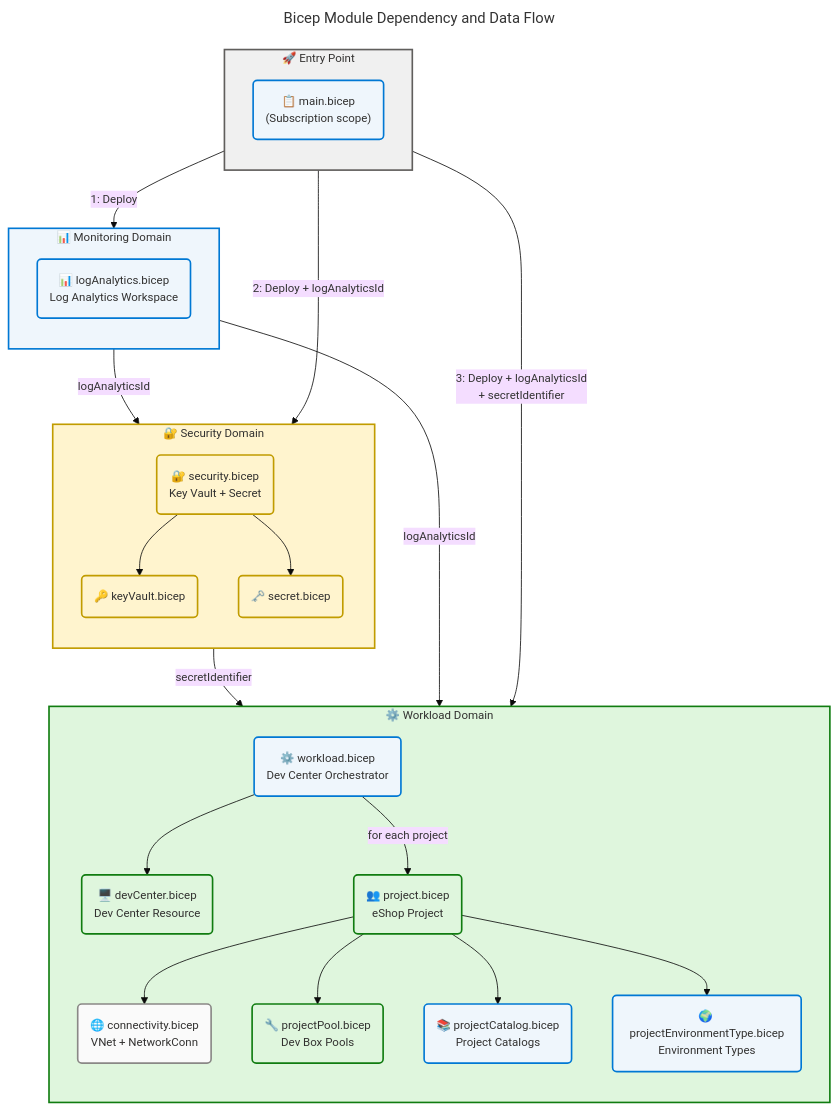
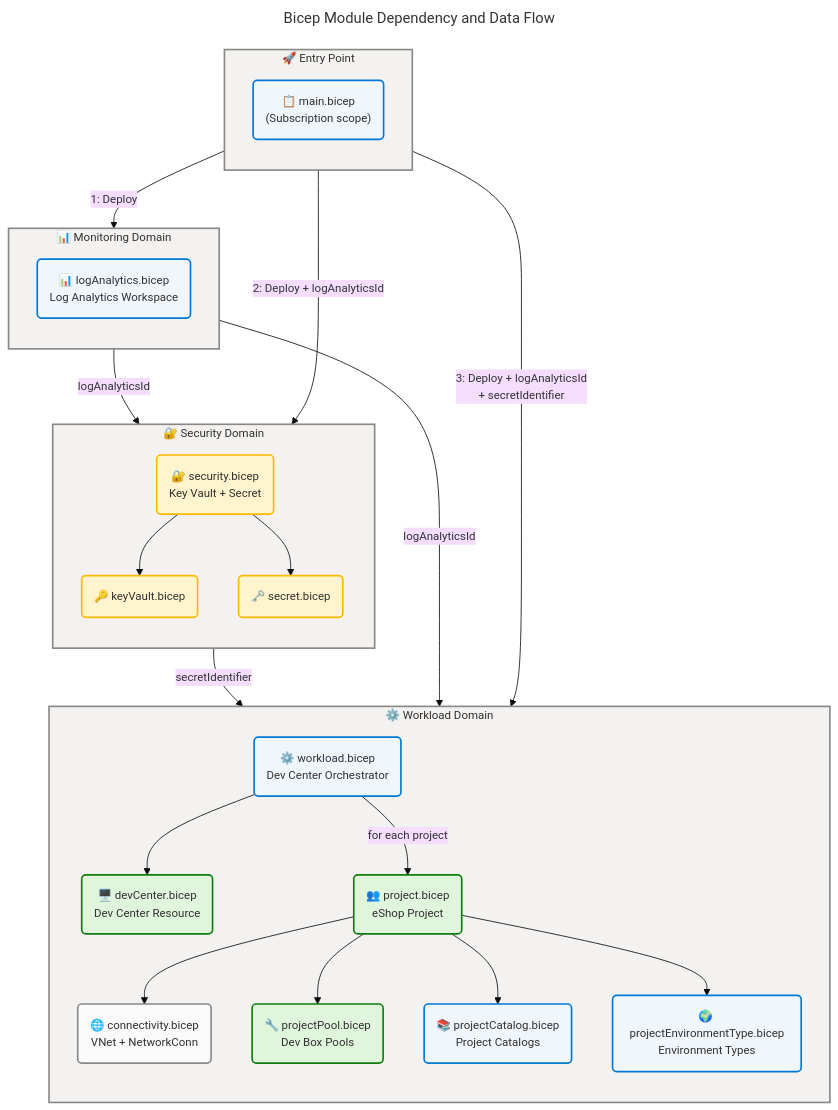
The fifth of 6 diagrams in docs/architecture/bus-arch.md (Evilazaro/DevExp-DevBox), drawn with Mermaid before and after one commit. The commit also changed other lines of this file, not shown here.

Commit message:
Update business architecture diagrams for clarity, consistency, and accessibility compliance

````diff
--- a/docs/architecture/bus-arch.md
+++ b/docs/architecture/bus-arch.md
@@ -861,79 +871,81 @@
 ```mermaid
 ---
 title: Bicep Module Dependency and Data Flow
 config:
   theme: base
   look: classic
   layout: dagre
   themeVariables:
     fontSize: '14px'
   flowchart:
     htmlLabels: true
 ---
 flowchart TB
     accTitle: Bicep Module Dependency and Data Flow
-    accDescr: Shows how main.bicep orchestrates three parallel module deployments (monitoring, security, workload) with sequential dependencies. Monitoring deploys first, security second using Log Analytics ID, and workload deploys last using both Log Analytics and Key Vault secret outputs.
+    accDescr: main.bicep orchestrates sequential module deployments with output chains. main=core, la=core, sec=warning, kv=warning, secret=warning, wl=core, dc=success, proj=success, conn=neutral, pool=success, cat=core, env=core. WCAG AA compliant.
 
     %% ═══════════════════════════════════════════════════════════════════════════
     %% AZURE / FLUENT ARCHITECTURE PATTERN v2.0
     %% ═══════════════════════════════════════════════════════════════════════════
     %% PHASE 1 - FLUENT UI: All styling uses approved Fluent UI palette only
     %% PHASE 2 - GROUPS: Every subgraph has semantic color via style directive
     %% PHASE 3 - COMPONENTS: Every node has semantic classDef + icon prefix
     %% PHASE 4 - ACCESSIBILITY: accTitle/accDescr present, WCAG AA contrast
     %% PHASE 5 - STANDARD: Governance block present, classDefs centralized
     %% ═══════════════════════════════════════════════════════════════════════════
 
     subgraph ENTRY["🚀 Entry Point"]
         direction TB
-        main("📋 main.bicep<br/>(Subscription scope)"):::info
+        main("📋 main.bicep<br/>(Subscription scope)"):::core
     end
 
     subgraph MON["📊 Monitoring Domain"]
         direction TB
-        la("📊 logAnalytics.bicep<br/>Log Analytics Workspace"):::info
+        la("📊 logAnalytics.bicep<br/>Log Analytics Workspace"):::core
     end
 
     subgraph SEC["🔐 Security Domain"]
         direction TB
         sec("🔐 security.bicep<br/>Key Vault + Secret"):::warning
         kv("🔑 keyVault.bicep"):::warning
         secret("🗝️ secret.bicep"):::warning
     end
 
     subgraph WORK["⚙️ Workload Domain"]
         direction TB
-        wl("⚙️ workload.bicep<br/>Dev Center Orchestrator"):::info
+        wl("⚙️ workload.bicep<br/>Dev Center Orchestrator"):::core
         dc("🖥️ devCenter.bicep<br/>Dev Center Resource"):::success
         proj("👥 project.bicep<br/>eShop Project"):::success
         conn("🌐 connectivity.bicep<br/>VNet + NetworkConn"):::neutral
         pool("🔧 projectPool.bicep<br/>Dev Box Pools"):::success
-        cat("📚 projectCatalog.bicep<br/>Project Catalogs"):::info
-        env("🌍 projectEnvironmentType.bicep<br/>Environment Types"):::info
+        cat("📚 projectCatalog.bicep<br/>Project Catalogs"):::core
+        env("🌍 projectEnvironmentType.bicep<br/>Environment Types"):::core
     end
 
     main -->|"1: Deploy"| la
     main -->|"2: Deploy + logAnalyticsId"| sec
     main -->|"3: Deploy + logAnalyticsId<br/>+ secretIdentifier"| wl
     sec --> kv
     sec --> secret
     la -->|"logAnalyticsId"| sec
     la -->|"logAnalyticsId"| wl
     sec -->|"secretIdentifier"| wl
     wl --> dc
     wl -->|"for each project"| proj
     proj --> conn
     proj --> pool
     proj --> cat
     proj --> env
 
-    style ENTRY fill:#F0F0F0,stroke:#605E5C,stroke-width:2px,color:#323130
-    style MON fill:#EFF6FC,stroke:#0078D4,stroke-width:2px,color:#323130
-    style SEC fill:#FFF4CE,stroke:#C19C00,stroke-width:2px,color:#323130
-    style WORK fill:#DFF6DD,stroke:#107C10,stroke-width:2px,color:#323130
+    style ENTRY fill:#F3F2F1,stroke:#8A8886,stroke-width:2px,color:#323130
+    style MON fill:#F3F2F1,stroke:#8A8886,stroke-width:2px,color:#323130
+    style SEC fill:#F3F2F1,stroke:#8A8886,stroke-width:2px,color:#323130
+    style WORK fill:#F3F2F1,stroke:#8A8886,stroke-width:2px,color:#323130
 
-    classDef success fill:#DFF6DD,stroke:#107C10,stroke-width:2px,color:#323130
-    classDef info fill:#EFF6FC,stroke:#0078D4,stroke-width:2px,color:#323130
-    classDef warning fill:#FFF4CE,stroke:#C19C00,stroke-width:2px,color:#323130
-    classDef neutral fill:#FAFAFA,stroke:#8A8886,stroke-width:2px,color:#323130
+    classDef neutral  fill:#FAFAFA,stroke:#8A8886,stroke-width:2px,color:#323130
+    classDef core     fill:#EFF6FC,stroke:#0078D4,stroke-width:2px,color:#323130
+    classDef success  fill:#DFF6DD,stroke:#107C10,stroke-width:2px,color:#323130
+    classDef warning  fill:#FFF4CE,stroke:#FFB900,stroke-width:2px,color:#323130
+
+%% ✅ Mermaid Verification: 5/5 | Score: 100/100 | Diagrams: 1 | Violations: 0
 ```
````
